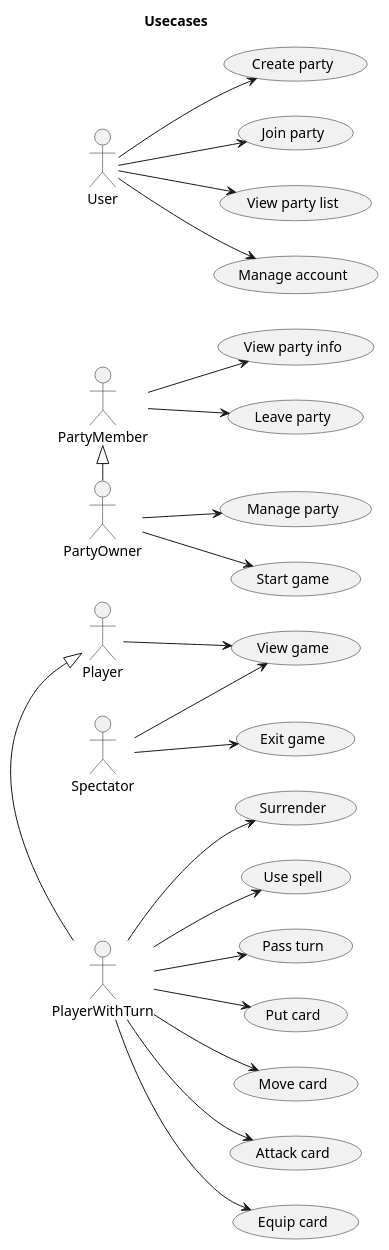
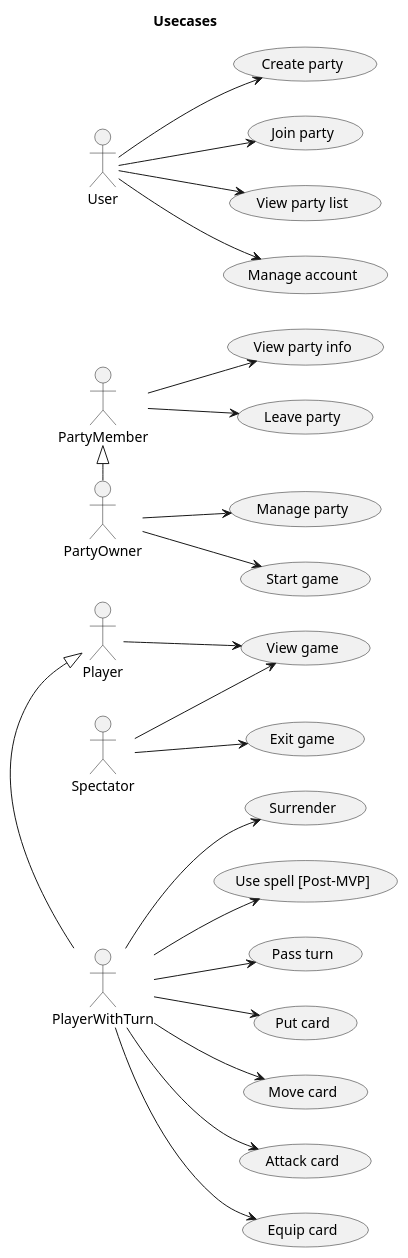
One commit to DainWs/Crazy-Random-Multiverse changed the diagram in docs/development/diagrams/usecases.plantuml. Above: the diagram before and after it, drawn with PlantUML. The commit also changed 16 other files, not shown here.

Commit message:
align the guides, diagrams and readme with the code

```diff
--- a/docs/development/diagrams/usecases.plantuml
+++ b/docs/development/diagrams/usecases.plantuml
@@ -1,38 +1,38 @@
 @startuml 
 title "Usecases"
 left to right direction
 
 actor Spectator
 actor PlayerWithTurn
 actor Player 
 actor PartyOwner
 actor PartyMember
 actor User
 
 :Player: <|-r- :PlayerWithTurn:
 :PartyMember: <|-r- :PartyOwner:
 
 :User: --> (Create party)
 :User: --> (Join party)
 :User: --> (View party list)
 :User: --> (Manage account)
 
 :PartyMember: --> (View party info)
 :PartyMember: --> (Leave party)
 
 :PartyOwner: --> (Manage party)
 :PartyOwner: --> (Start game)
 
 :Spectator: --> (Exit game)
 :Spectator: --> (View game)
 
 :Player: --> (View game)
 
 :PlayerWithTurn: --> (Put card)
 :PlayerWithTurn: --> (Move card)
 :PlayerWithTurn: --> (Attack card)
 :PlayerWithTurn: --> (Equip card)
 :PlayerWithTurn: --> (Surrender)
-:PlayerWithTurn: --> (Use spell)
+:PlayerWithTurn: --> (Use spell [Post-MVP])
 :PlayerWithTurn: --> (Pass turn)
 @enduml 
```
